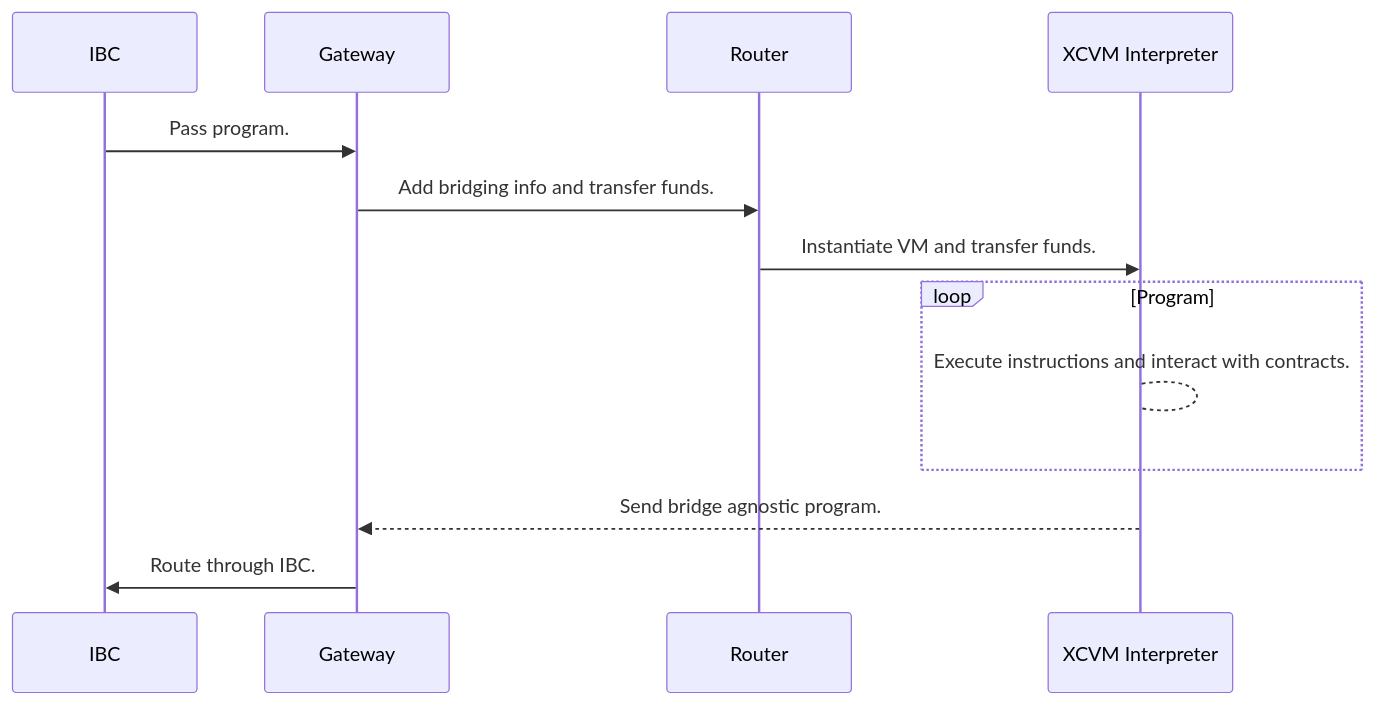
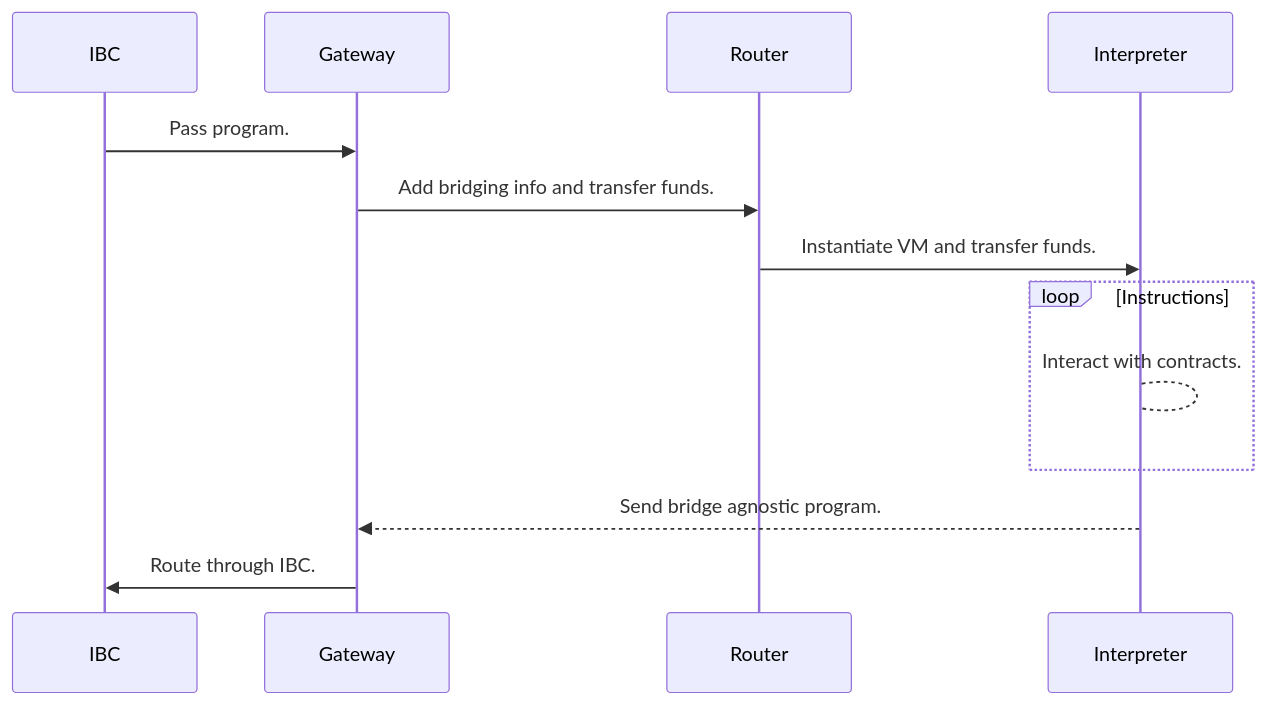
Before and after one commit to ComposableFi/composable: the first of 4 diagrams in code/xcvm/SPEC.md, drawn with Mermaid. The commit also changed other lines of this file and 3 other files, not shown here.

````diff
--- a/code/xcvm/SPEC.md
+++ b/code/xcvm/SPEC.md
@@ -238,15 +170,15 @@
 ```mermaid
 sequenceDiagram
     participant IBC
     participant Gateway
     participant Router
-    participant XCVM Interpreter
+    participant Interpreter
     IBC->>Gateway: Pass program.
     Gateway->>Router: Add bridging info and transfer funds.
-    Router->>XCVM Interpreter: Instantiate VM and transfer funds.
-    loop Program
-        XCVM Interpreter-->XCVM Interpreter: Execute instructions and interact with contracts.
+    Router->>Interpreter: Instantiate VM and transfer funds.
+    loop Instructions
+        Interpreter-->Interpreter: Interact with contracts.
     end
-    XCVM Interpreter-->>Gateway: Send bridge agnostic program.
+    Interpreter-->>Gateway: Send bridge agnostic program.
     Gateway->>IBC: Route through IBC.
 ```
````
